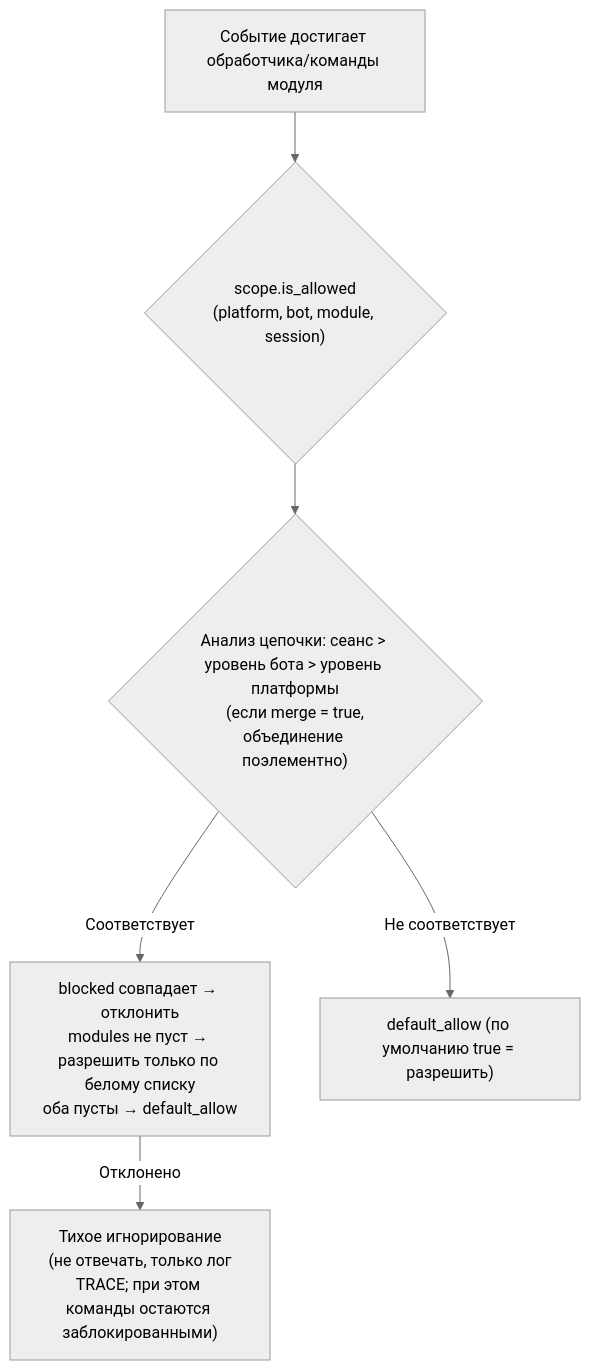
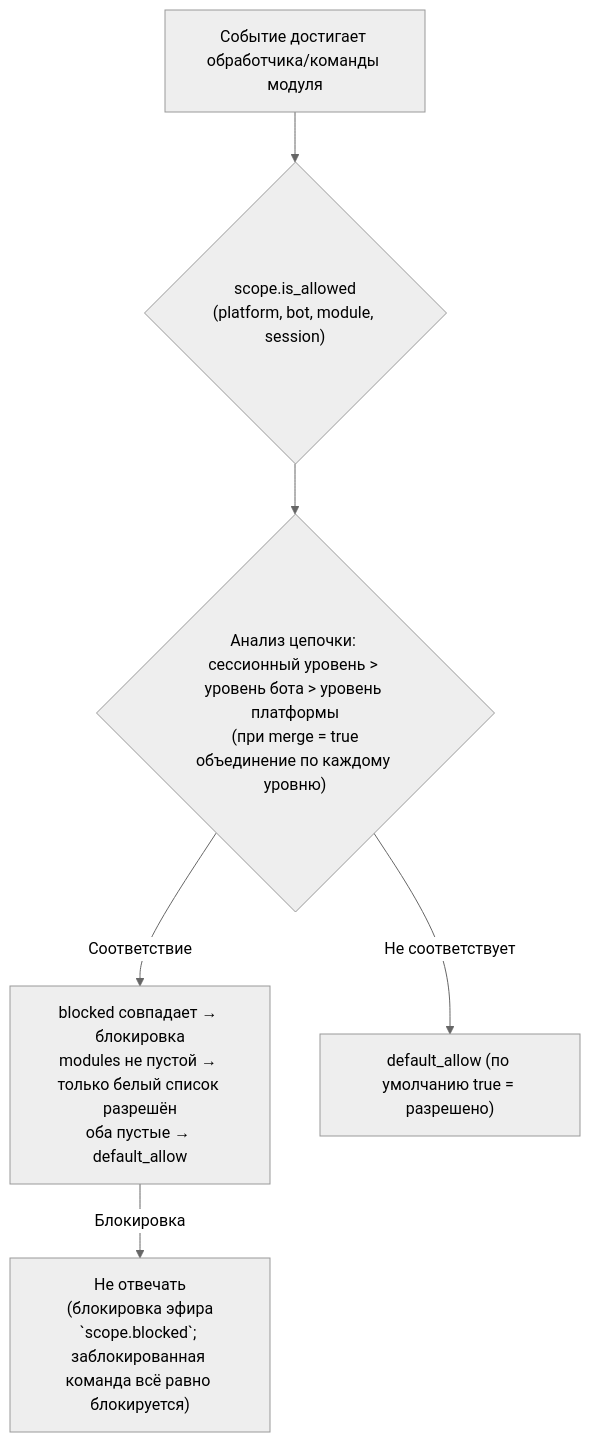
The diagram in docs/ru/advanced/scope.md (ErisPulse/ErisPulse), drawn with Mermaid (neutral theme) before and after one commit. The commit also changed other lines of this file and 23 other files, not shown here.

````diff
--- a/docs/ru/advanced/scope.md
+++ b/docs/ru/advanced/scope.md
@@ -91,8 +91,8 @@
 ```mermaid
 flowchart TD
     A["Событие достигает обработчика/команды модуля"] --> B{"scope.is_allowed<br/>(platform, bot, module, session)"}
-    B --> C{"Анализ цепочки: сеанс > уровень бота > уровень платформы<br/> (если merge = true, объединение поэлементно)"}
-    C -->|"Соответствует"| D["blocked совпадает → отклонить<br/>modules не пуст → разрешить только по белому списку<br/>оба пусты → default_allow"]
-    C -->|"Не соответствует"| E["default_allow (по умолчанию true = разрешить)"]
-    D -->|"Отклонено"| Z["Тихое игнорирование<br/> (не отвечать, только лог TRACE; при этом команды остаются заблокированными)"]
+    B --> C{"Анализ цепочки: сессионный уровень > уровень бота > уровень платформы<br/> (при merge = true объединение по каждому уровню)"}
+    C -->|"Соответствие"| D["blocked совпадает → блокировка<br/>modules не пустой → только белый список разрешён<br/>оба пустые → default_allow"]
+    C -->|"Не соответствует"| E["default_allow (по умолчанию true = разрешено)"]
+    D -->|"Блокировка"| Z["Не отвечать<br/> (блокировка эфира `scope.blocked`; заблокированная команда всё равно блокируется)"]
 ```
````
